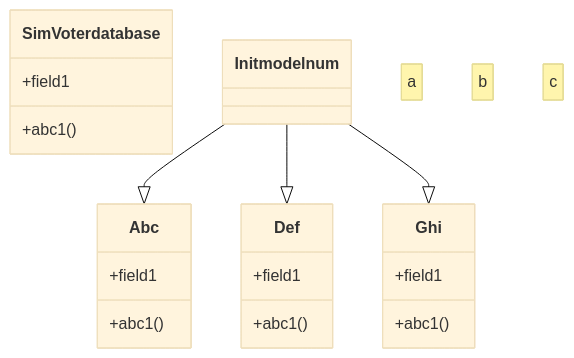
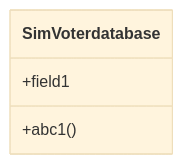
The first of 3 diagrams in index.qmd (lotariohw26/ManifoldDestiny), drawn with Mermaid (base theme) before and after one commit. The commit also changed other lines of this file and 4 other files, not shown here.

````diff
--- a/index.qmd
+++ b/index.qmd
@@ -21,27 +21,8 @@
 ```{mermaid}
-%% R/wasmconverting.R
 %%| echo: false
 classDiagram
-    note for abc "a"
-    note for cde "b"
-    note for fgh "c"
     class SimVoterdatabase{
         +field1
         +abc1()
     }
-    class Abc{
-        +field1
-        +abc1()
-    }
-    class Def{
-        +field1
-        +abc1()
-    }
-    class Ghi{
-        +field1
-        +abc1()
-    }
-    Initmodelnum --|> Abc
-    Initmodelnum --|> Def
-    Initmodelnum --|> Ghi
 ```
````
